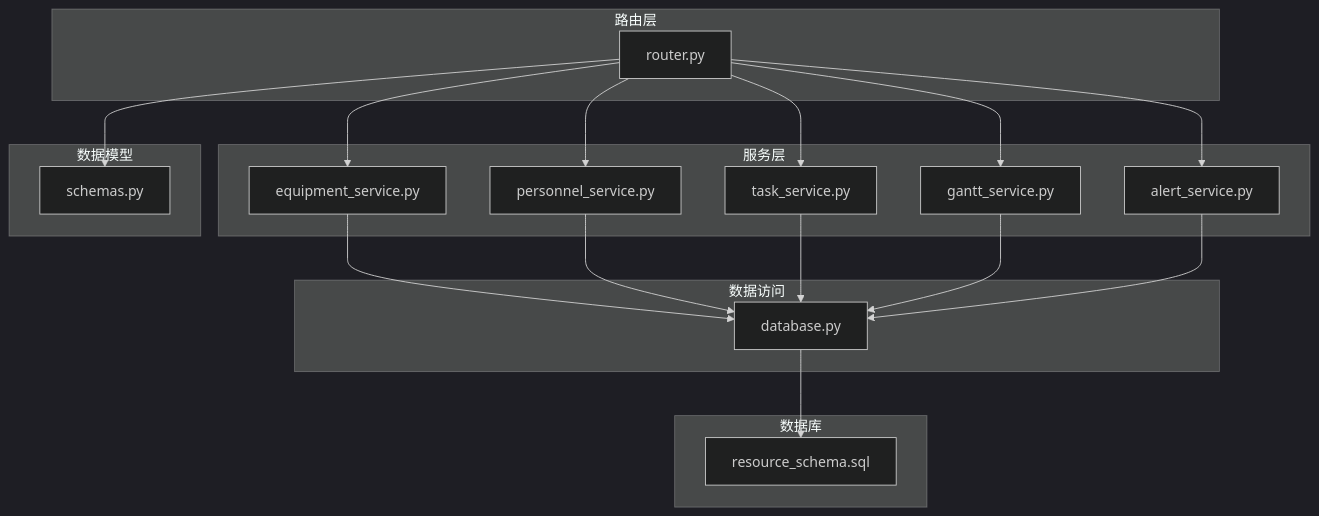
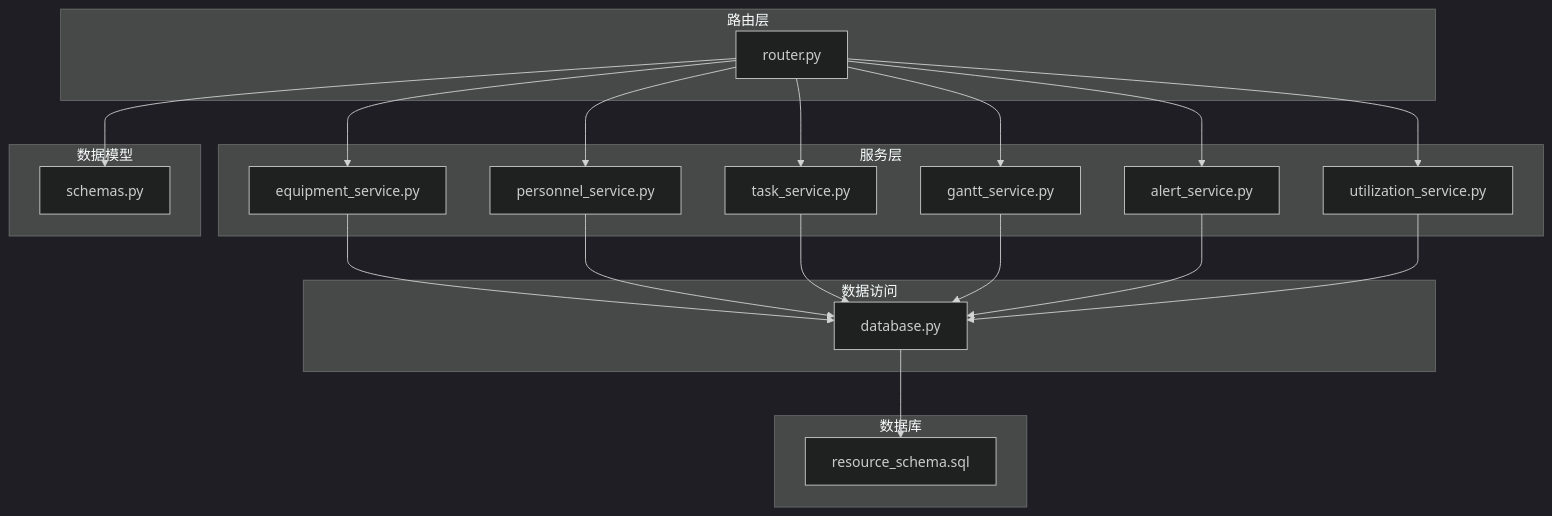
One commit to JiaStan/shizhi_system_df changed the first of 9 diagrams in .qoder/repowiki/zh/content/资源管理模块/资源管理模块.md. Above: the diagram before and after it, drawn with Mermaid (dark theme). The commit also changed other lines of this file and 53 other files, not shown here.

````diff
--- a/.qoder/repowiki/zh/content/资源管理模块/资源管理模块.md
+++ b/.qoder/repowiki/zh/content/资源管理模块/资源管理模块.md
@@ -43,34 +55,37 @@
 ```mermaid
 graph TB
 subgraph "路由层"
 R["router.py"]
 end
 subgraph "服务层"
 E["equipment_service.py"]
 P["personnel_service.py"]
 T["task_service.py"]
 G["gantt_service.py"]
 A["alert_service.py"]
+U["utilization_service.py"]
 end
 subgraph "数据模型"
 S["schemas.py"]
 end
 subgraph "数据访问"
 D["database.py"]
 end
 subgraph "数据库"
 DB["resource_schema.sql"]
 end
 R --> E
 R --> P
 R --> T
 R --> G
 R --> A
+R --> U
 E --> D
 P --> D
 T --> D
 G --> D
 A --> D
+U --> D
 D --> DB
 R --> S
 ```
````
